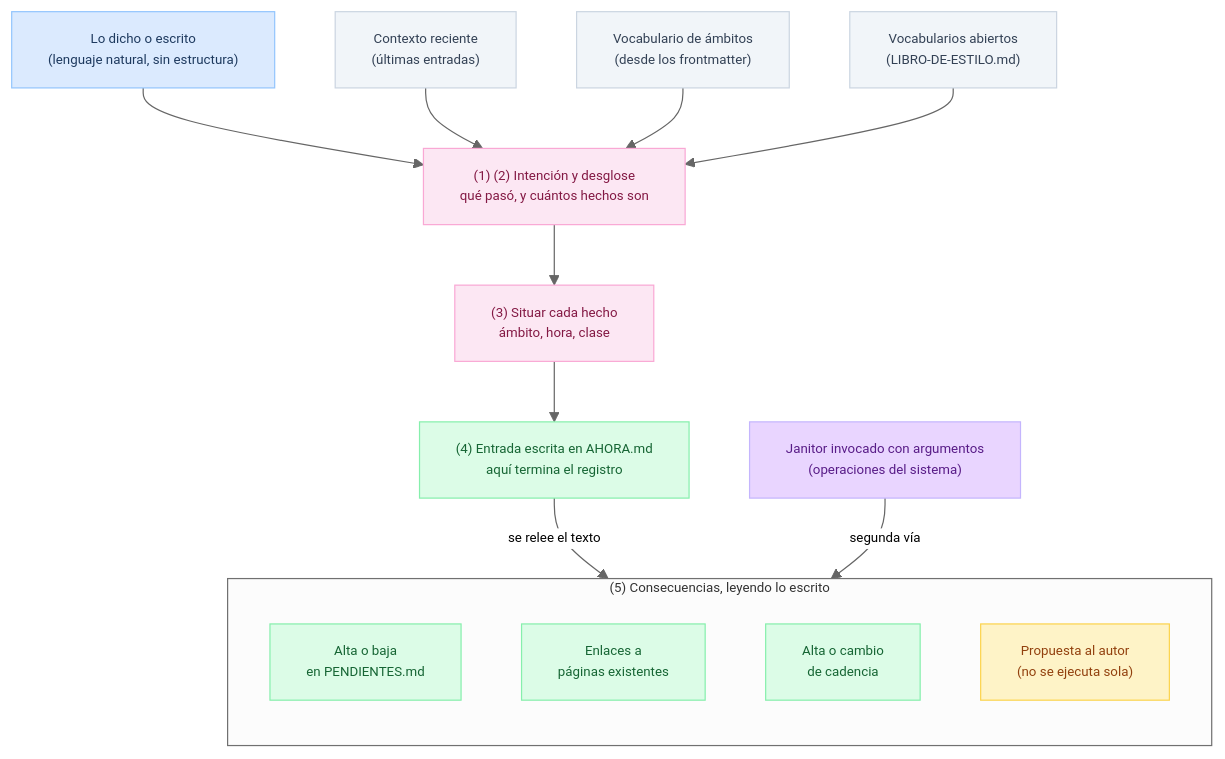
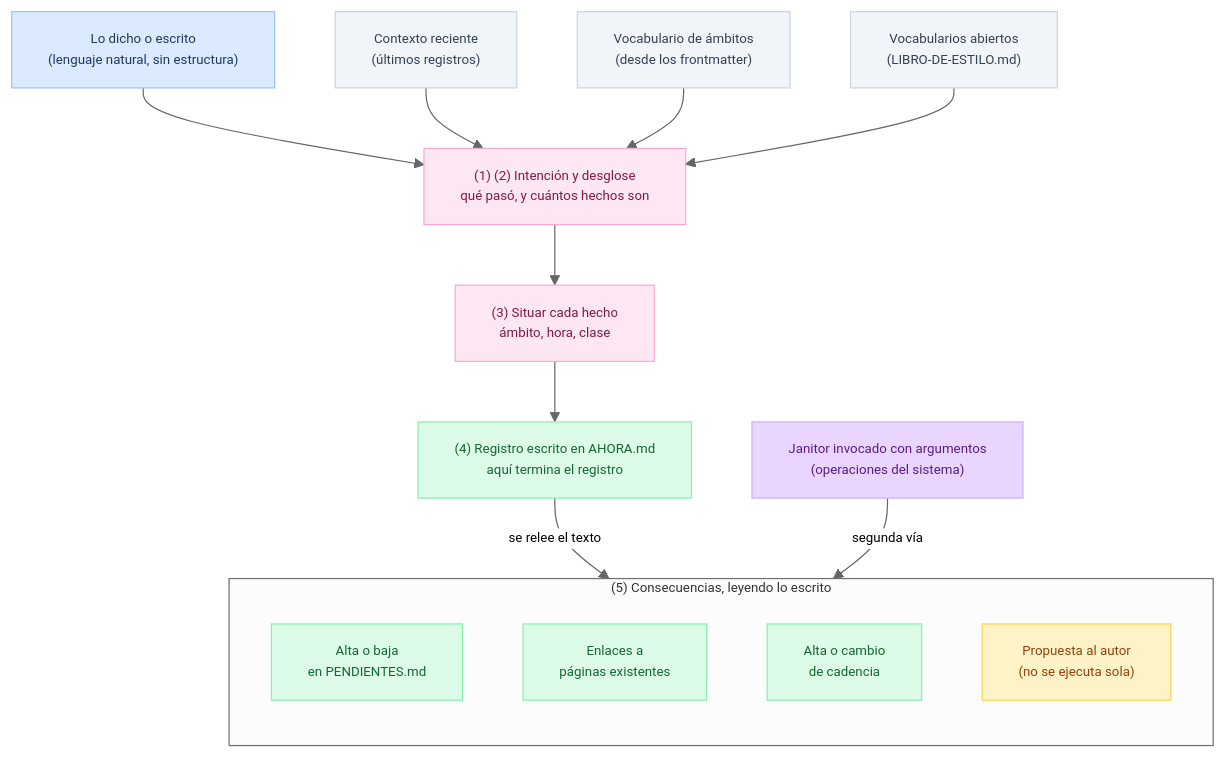
One commit to pewma-ai/tuku changed the diagram in spec/flujo-informacion.md. Above: the diagram before and after it, drawn with Mermaid. The commit also changed other lines of this file and 38 other files, not shown here.

First line of the commit message:
vocab: 'entrada' de bitácora pasa a 'registro'

````diff
--- a/spec/flujo-informacion.md
+++ b/spec/flujo-informacion.md
@@ -42,42 +42,42 @@
 ```mermaid
 %%{init: {'flowchart': {'useMaxWidth': true}, 'theme': 'neutral', 'themeVariables': {'fontSize': '11px'}}}%%
 flowchart TD
     E["Lo dicho o escrito<br/>(lenguaje natural, sin estructura)"]
-    CTX["Contexto reciente<br/>(últimas entradas)"]
+    CTX["Contexto reciente<br/>(últimos registros)"]
     VOC["Vocabulario de ámbitos<br/>(desde los frontmatter)"]
     LE["Vocabularios abiertos<br/>(LIBRO-DE-ESTILO.md)"]
     I["(1) (2) Intención y desglose<br/>qué pasó, y cuántos hechos son"]
     S["(3) Situar cada hecho<br/>ámbito, hora, clase"]
-    ENT["(4) Entrada escrita en AHORA.md<br/>aquí termina el registro"]
+    ENT["(4) Registro escrito en AHORA.md<br/>aquí termina el registro"]
     J["Janitor invocado con argumentos<br/>(operaciones del sistema)"]
 
     subgraph CONS["(5) Consecuencias, leyendo lo escrito"]
         direction TB
         K1["Alta o baja<br/>en PENDIENTES.md"]
         K2["Enlaces a<br/>páginas existentes"]
         K4["Alta o cambio<br/>de cadencia"]
         K3["Propuesta al autor<br/>(no se ejecuta sola)"]
     end
 
     E --> I
     CTX --> I
     VOC --> I
     LE --> I
     I --> S
     S --> ENT
     ENT -->|"se relee el texto"| CONS
     J -->|"segunda vía"| CONS
 
     style E fill:#dbeafe,color:#1e3a5f,stroke:#93c5fd
     style CTX fill:#f1f5f9,color:#334155,stroke:#cbd5e1
     style VOC fill:#f1f5f9,color:#334155,stroke:#cbd5e1
     style LE fill:#f1f5f9,color:#334155,stroke:#cbd5e1
     style I fill:#fce7f3,color:#831843,stroke:#f9a8d4
     style S fill:#fce7f3,color:#831843,stroke:#f9a8d4
     style ENT fill:#dcfce7,color:#166534,stroke:#86efac
     style J fill:#e9d5ff,color:#581c87,stroke:#c4b5fd
     style K1 fill:#dcfce7,color:#166534,stroke:#86efac
     style K2 fill:#dcfce7,color:#166534,stroke:#86efac
     style K4 fill:#dcfce7,color:#166534,stroke:#86efac
     style K3 fill:#fef3c7,color:#92400e,stroke:#fcd34d
 ```
````
